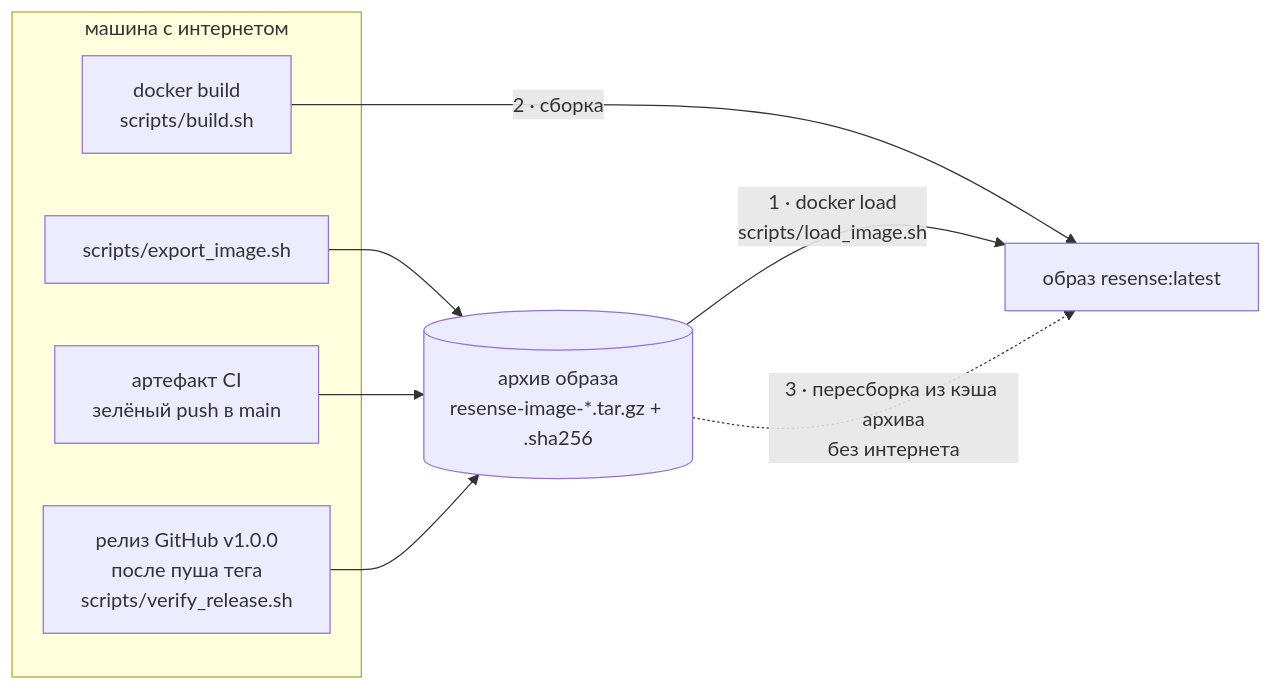
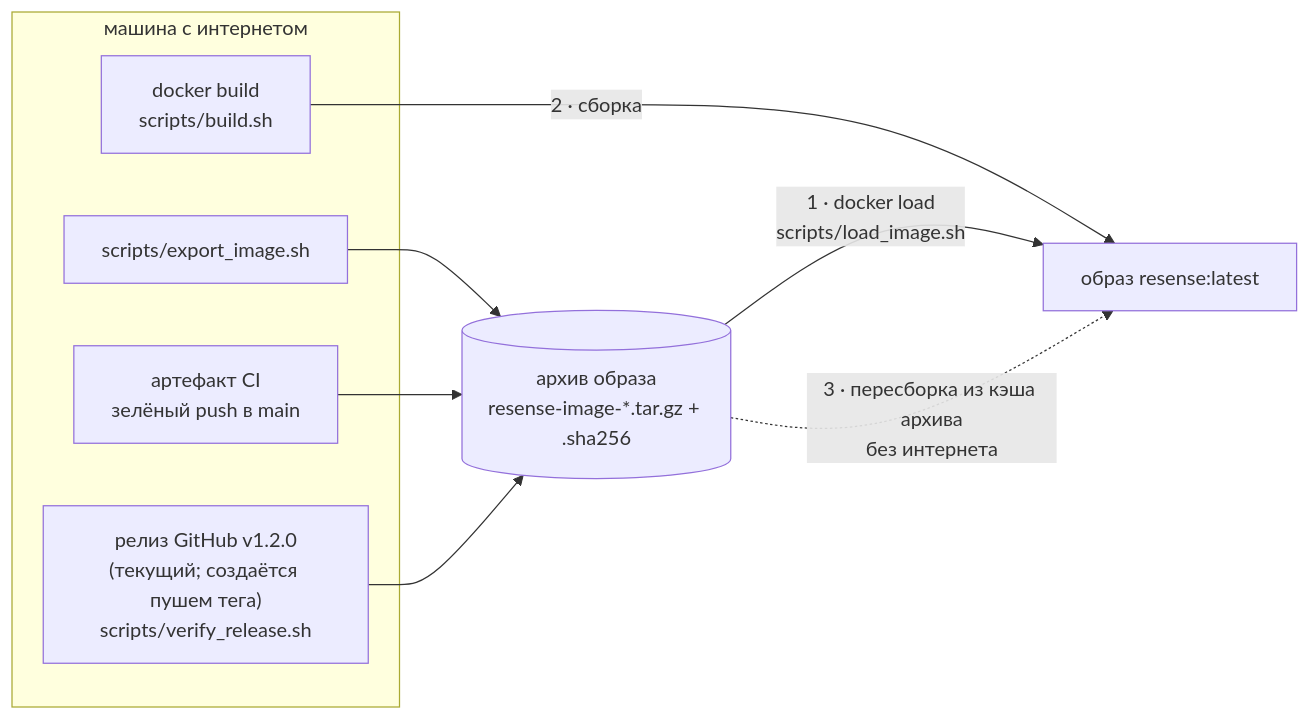
One commit to pmixay/ReSense changed the diagram in gitbook/getting-started/get-the-image.md. Above: the diagram before and after it, drawn with Mermaid. The commit also changed other lines of this file and 1068 other files, not shown here.

````diff
--- a/gitbook/getting-started/get-the-image.md
+++ b/gitbook/getting-started/get-the-image.md
@@ -5,17 +5,17 @@
 ```mermaid
 flowchart LR
     subgraph NET["машина с интернетом"]
         BUILD["docker build<br/>scripts/build.sh"]
         EXP["scripts/export_image.sh"]
         CI["артефакт CI<br/>зелёный push в main"]
-        REL["релиз GitHub v1.0.0<br/>после пуша тега<br/>scripts/verify_release.sh"]
+        REL["релиз GitHub v1.2.0<br/>(текущий; создаётся пушем тега)<br/>scripts/verify_release.sh"]
     end
     ARCH[("архив образа<br/>resense-image-*.tar.gz + .sha256")]
     IMG["образ resense:latest"]
     EXP --> ARCH
     CI --> ARCH
     REL --> ARCH
     ARCH -- "1 · docker load<br/>scripts/load_image.sh" --> IMG
     BUILD -- "2 · сборка" --> IMG
     ARCH -. "3 · пересборка из кэша архива<br/>без интернета" .-> IMG
 ```
````
